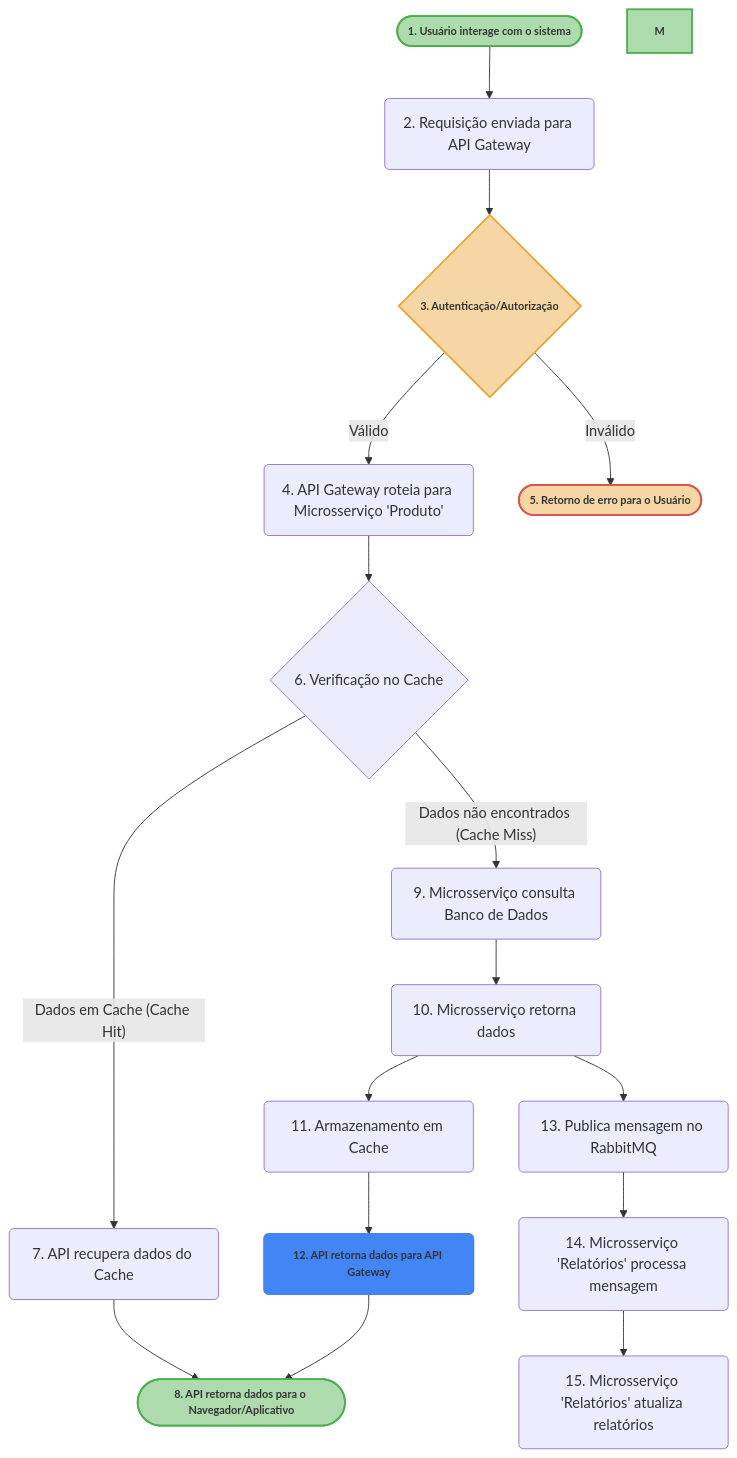
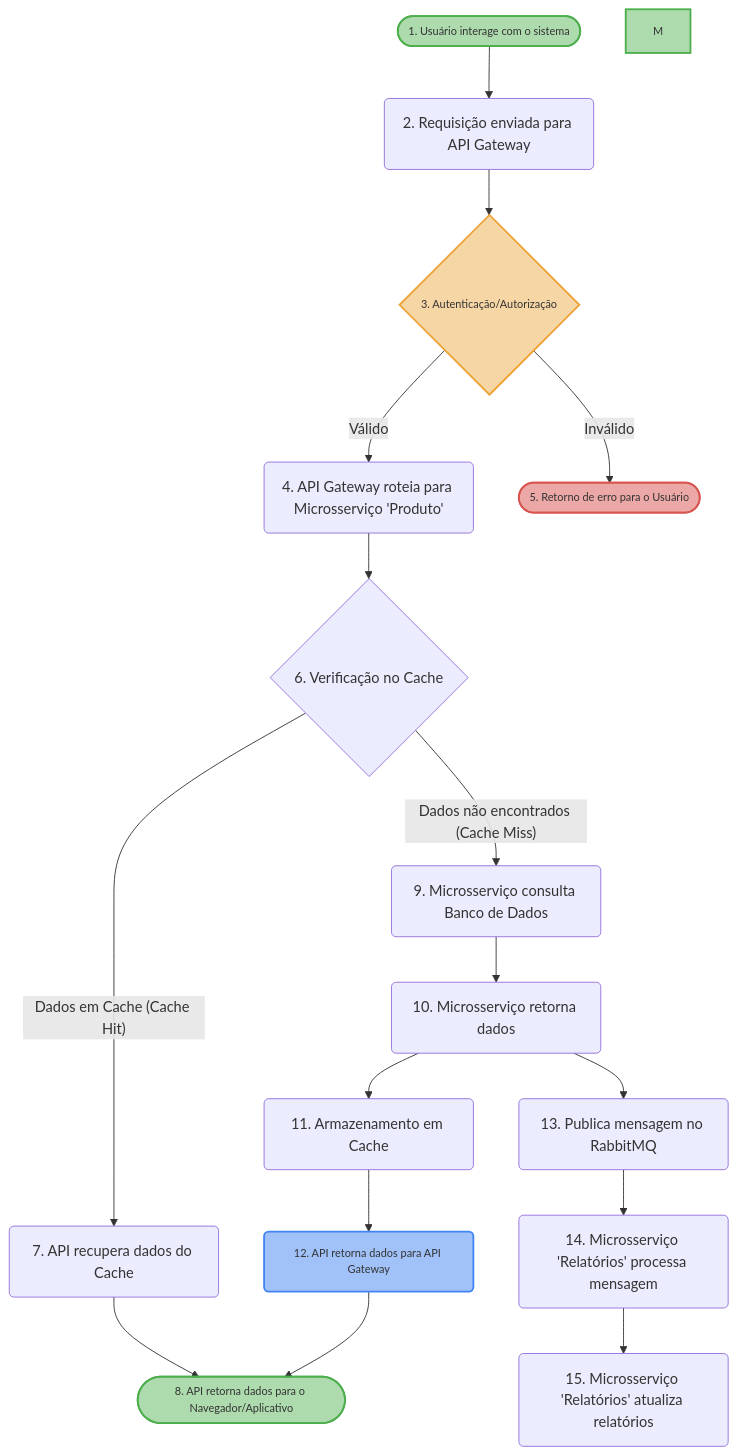
The diagram in test/README.md (WallaceSousa88/LifeHacksCode), drawn with Mermaid before and after one commit.

Commit message:
upd test

````diff
--- a/test/README.md
+++ b/test/README.md
@@ -2,25 +2,25 @@
 ```mermaid
 graph TD
     A([1. Usuário interage com o sistema]) --> B(2. Requisição enviada para API Gateway)
     B --> C{3. Autenticação/Autorização}
     C -- Válido --> D(4. API Gateway roteia para Microsserviço 'Produto')
     C -- Inválido --> E([5. Retorno de erro para o Usuário])
     D --> F{6. Verificação no Cache}
     F -- Dados em Cache (Cache Hit) --> G(7. API recupera dados do Cache)
     G --> H([8. API retorna dados para o Navegador/Aplicativo])
     F -- Dados não encontrados (Cache Miss) --> I(9. Microsserviço consulta Banco de Dados)
     I --> J(10. Microsserviço retorna dados)
     J --> K(11. Armazenamento em Cache)
     K --> L(12. API retorna dados para API Gateway)
     L --> H
     J --> N(13. Publica mensagem no RabbitMQ)
     N --> O(14. Microsserviço 'Relatórios' processa mensagem)
     O --> P(15. Microsserviço 'Relatórios' atualiza relatórios)
 
-    style A fill:#5cb85c80,stroke:#4cae4c,stroke-width:2px,text-align:center,font-weight:bold,font-size:12px
-    style M fill:#5cb85c80,stroke:#4cae4c,stroke-width:2px,text-align:center,font-weight:bold,font-size:12px
-    style C fill:#f0ad4e80,stroke:#eea236,stroke-width:2px,text-align:center,font-weight:bold,font-size:12px
-    style E fill:#f0ad4e80,stroke:#d9534f,stroke-width:2px,text-align:center,font-weight:bold,font-size:12px
-    style H fill:#5cb85c80,stroke:#4cae4c,stroke-width:2px,text-align:center,font-weight:bold,font-size:12px
-    style L fill:#4285f4,stroke:#4285f4,stroke-width:2px,text-align:center,font-weight:bold,font-size:12px
+    style A fill:#5cb85c80,stroke:#4cae4c,stroke-width:2px,text-align:center,font-size:12px
+    style M fill:#5cb85c80,stroke:#4cae4c,stroke-width:2px,text-align:center,font-size:12px
+    style C fill:#f0ad4e80,stroke:#eea236,stroke-width:2px,text-align:center,font-size:12px
+    style E fill:#d9534f80,stroke:#d9534f,stroke-width:2px,text-align:center,font-size:12px 
+    style H fill:#5cb85c80,stroke:#4cae4c,stroke-width:2px,text-align:center,font-size:12px
+    style L fill:#4285f480,stroke:#4285f4,stroke-width:2px,text-align:center,font-size:12px
 ```
````
